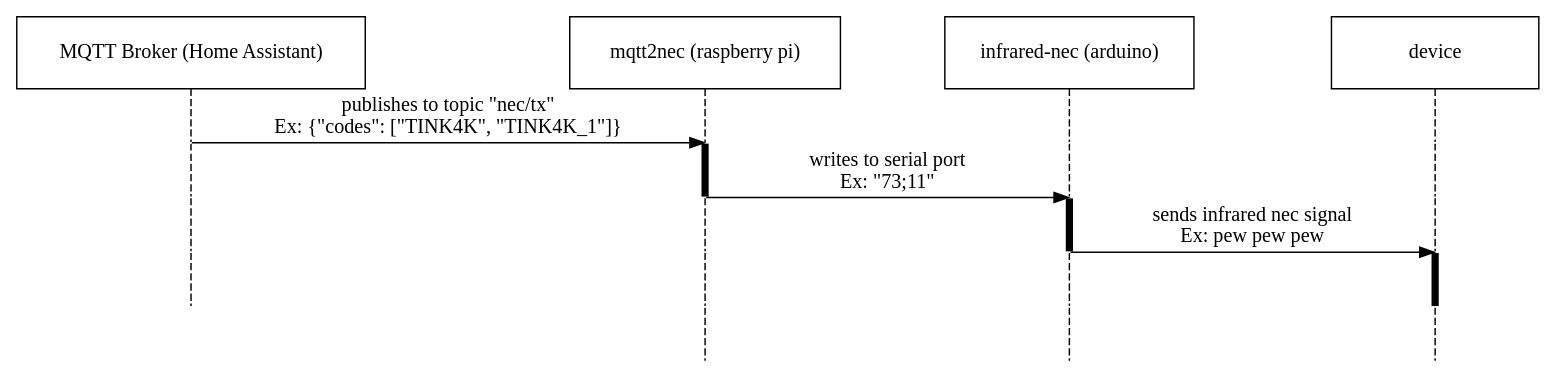
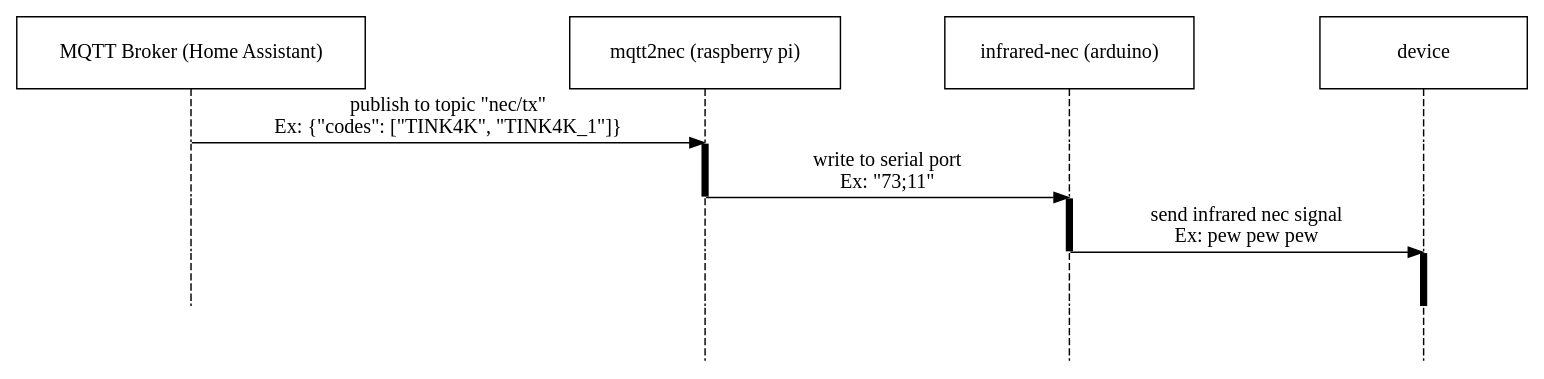
Before and after one commit to jrobichaud/retrogaming: the diagram in src/graphs/infrared_sequence.dot, drawn with Graphviz. The commit also changed 3 other files, not shown here.

```diff
--- a/src/graphs/infrared_sequence.dot
+++ b/src/graphs/infrared_sequence.dot
@@ -1,43 +1,43 @@
 // https://stackoverflow.com/a/59363959/2115513
 digraph SEQ_DIAGRAM {
     graph [overlap=true, splines=line, nodesep=1.0, ordering=out];
     edge [arrowhead=none];
     node [shape=none, width=0, height=0, label=""];
 
     {
         rank=same;
         node[shape=rectangle, height=0.7, width=2];
         mqtt[label="MQTT Broker (Home Assistant)"];
         mqtt2nec[label="mqtt2nec (raspberry pi)"];
         arduino[label="infrared-nec (arduino)"];
         device[label="device"];
     }
     // Draw vertical lines
     {
         edge [style=dashed, weight=6];
         mqtt -> a1 -> a2 -> a3;
         a3 -> a5;
     }
     {
         edge [style=dashed, weight=6];
         mqtt2nec -> b1
         b1 -> b2 [penwidth=5, style=solid];
         b2 -> b3 -> b4 -> b5 ;
     }
     {
         edge [style=dashed, weight=6];
         arduino -> c1;
         c1-> c2;
         c2 -> c3 [penwidth=5, style=solid];
         c3 -> c4 -> c5;
     }
     {
         edge [style=dashed, weight=6];
         device -> d1 -> d2 -> d3;
         d3 -> d4 [penwidth=5, style=solid];
         d4 -> d5;
     }
-    { rank=same; a1 -> b1 [label="publishes to topic \"nec/tx\"\nEx: {\"codes\": [\"TINK4K\", \"TINK4K_1\"]}", arrowhead=normal]; }
-    { rank=same; b2 -> c2 [label="writes to serial port\nEx: \"73;11\"", arrowhead=normal]; }
-    { rank=same; c3 -> d3 [label="sends infrared nec signal\n Ex: pew pew pew", arrowhead=normal]; }
+    { rank=same; a1 -> b1 [label="publish to topic \"nec/tx\"\nEx: {\"codes\": [\"TINK4K\", \"TINK4K_1\"]}", arrowhead=normal]; }
+    { rank=same; b2 -> c2 [label="write to serial port\nEx: \"73;11\"", arrowhead=normal]; }
+    { rank=same; c3 -> d3 [label="send infrared nec signal\n Ex: pew pew pew", arrowhead=normal]; }
 }
```
